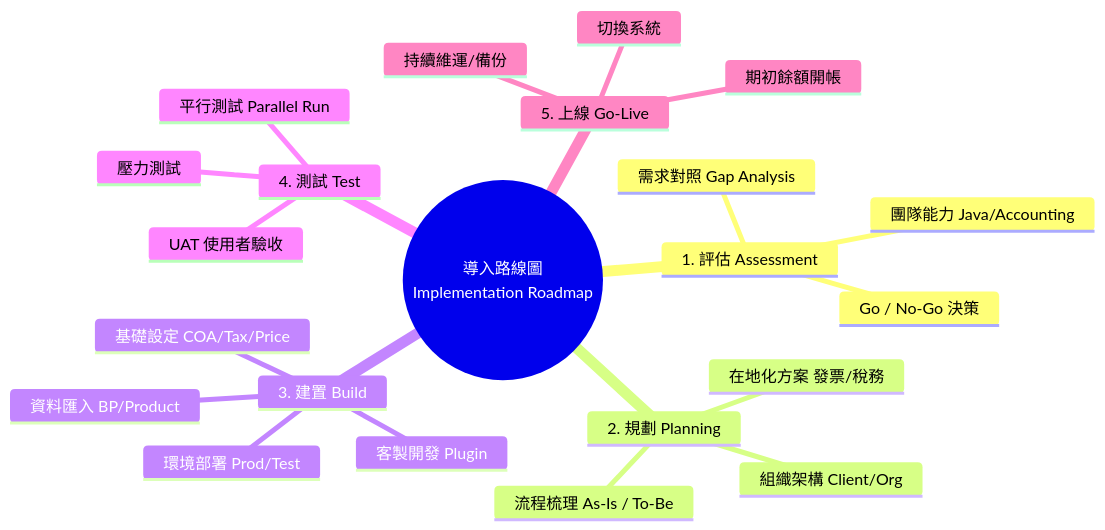
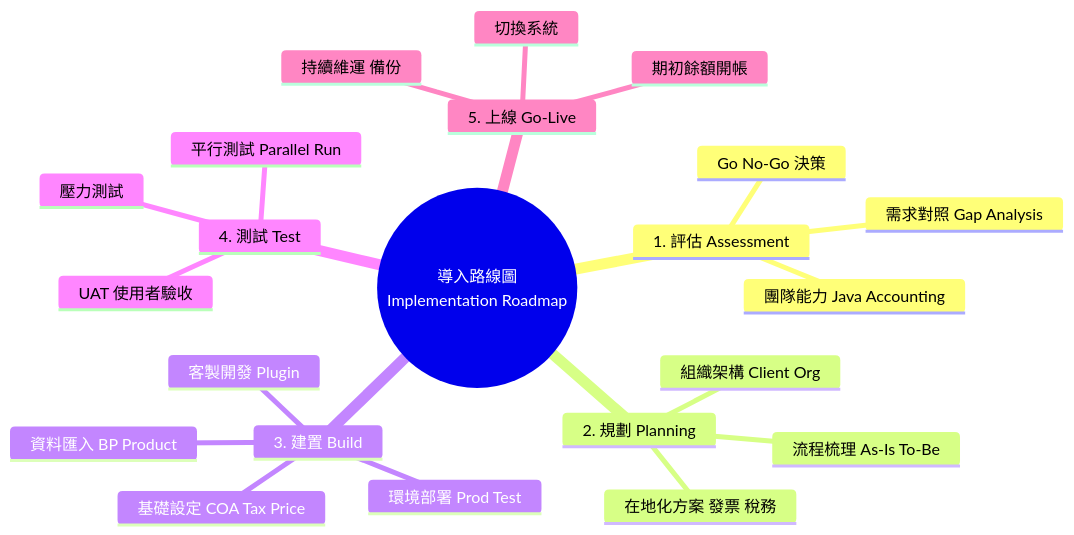
One commit to nczz/claw_notes changed diagram 15 of 15 in iDempiere_Notes.md. Above: the diagram before and after it, drawn with Mermaid. The commit also changed other lines of this file, not shown here.

Commit message:
Fix mermaid syntax: remove special chars / ~ > in sections 13-15

````diff
--- a/iDempiere_Notes.md
+++ b/iDempiere_Notes.md
@@ -984,25 +984,25 @@
 ```mermaid
 mindmap
   root((導入路線圖<br/>Implementation Roadmap))
     1. 評估 Assessment
       需求對照 Gap Analysis
-      團隊能力 Java/Accounting
-      Go / No-Go 決策
+      團隊能力 Java Accounting
+      Go No-Go 決策
     2. 規劃 Planning
-      組織架構 Client/Org
-      流程梳理 As-Is / To-Be
-      在地化方案 發票/稅務
+      組織架構 Client Org
+      流程梳理 As-Is To-Be
+      在地化方案 發票 稅務
     3. 建置 Build
-      環境部署 Prod/Test
-      基礎設定 COA/Tax/Price
-      資料匯入 BP/Product
+      環境部署 Prod Test
+      基礎設定 COA Tax Price
+      資料匯入 BP Product
       客製開發 Plugin
     4. 測試 Test
       UAT 使用者驗收
       平行測試 Parallel Run
       壓力測試
     5. 上線 Go-Live
       期初餘額開帳
       切換系統
-      持續維運/備份
+      持續維運 備份
 ```
````
